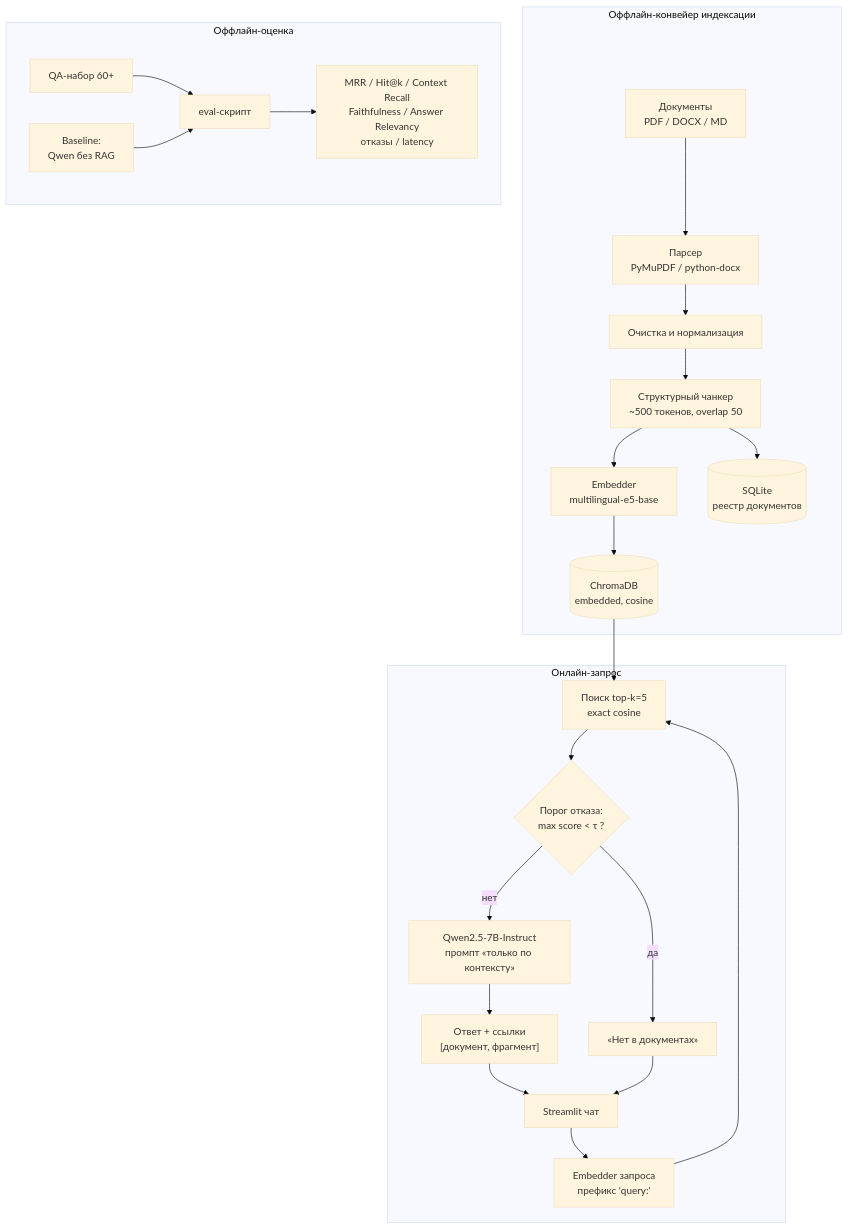
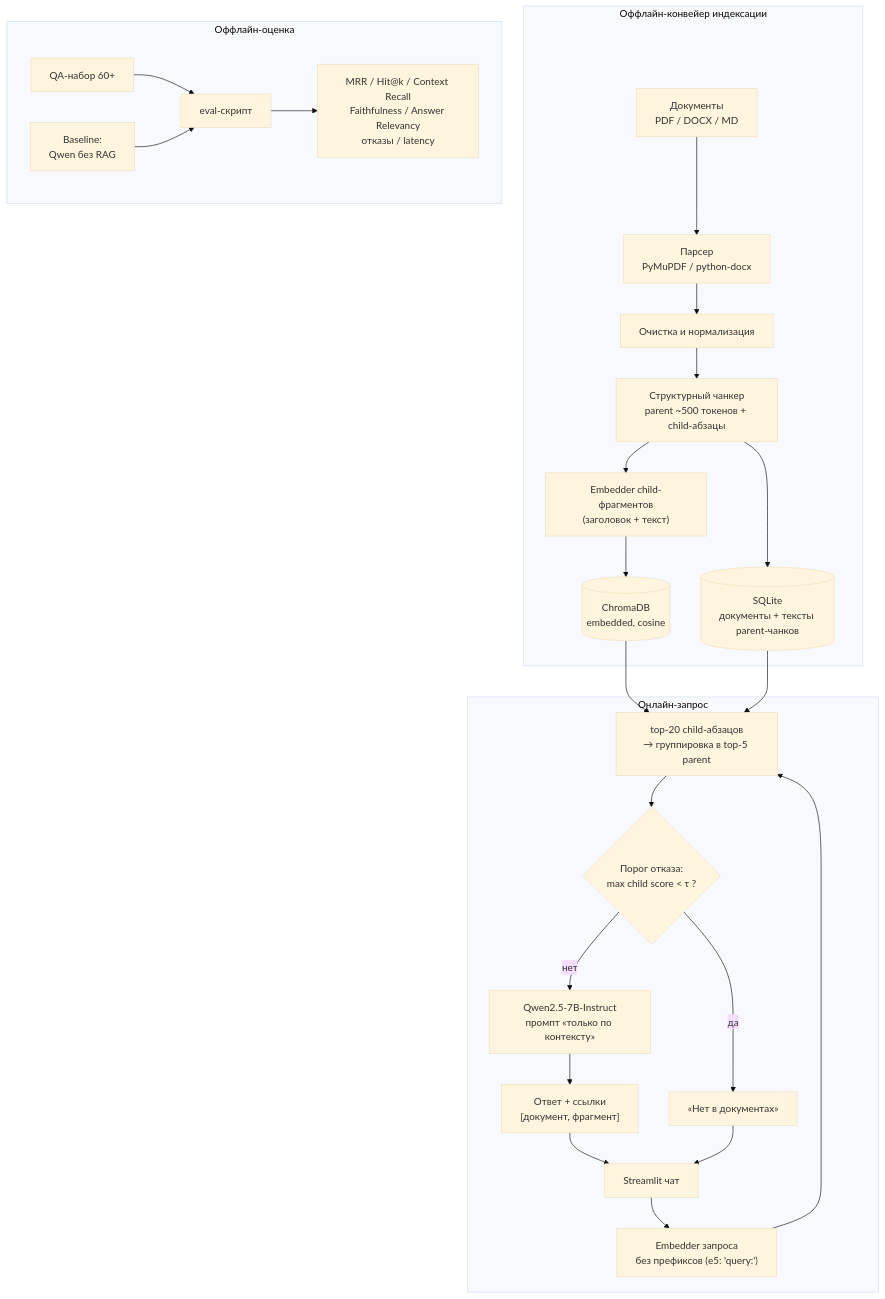
One commit to AlexKosyag/rag-bot changed the diagram in docs/architecture.md. Above: the diagram before and after it, drawn with Mermaid (base theme). The commit also changed other lines of this file and 27 other files, not shown here.

First line of the commit message:
Ollama-эмбеддер, parent-child поиск (small-to-big), калибровка tau, --calibrate

````diff
--- a/docs/architecture.md
+++ b/docs/architecture.md
@@ -5,30 +5,31 @@
 ```mermaid
 flowchart TB
     subgraph INGEST["Оффлайн-конвейер индексации"]
         FS["Документы<br/>PDF / DOCX / MD"] --> PARSE["Парсер<br/>PyMuPDF / python-docx"]
         PARSE --> CLEAN["Очистка и нормализация"]
-        CLEAN --> CHUNK["Структурный чанкер<br/>~500 токенов, overlap 50"]
-        CHUNK --> EMB["Embedder<br/>multilingual-e5-base"]
+        CLEAN --> CHUNK["Структурный чанкер<br/>parent ~500 токенов + child-абзацы"]
+        CHUNK --> EMB["Embedder child-фрагментов<br/>(заголовок + текст)"]
         EMB --> STORE[("ChromaDB<br/>embedded, cosine")]
-        CHUNK --> REG[("SQLite<br/>реестр документов")]
+        CHUNK --> REG[("SQLite<br/>документы + тексты parent-чанков")]
     end
 
     subgraph QUERY["Онлайн-запрос"]
-        UI["Streamlit чат"] --> QEMB["Embedder запроса<br/>префикс 'query:'"]
-        QEMB --> RET["Поиск top-k=5<br/>exact cosine"]
+        UI["Streamlit чат"] --> QEMB["Embedder запроса<br/>без префиксов (e5: 'query:')"]
+        QEMB --> RET["top-20 child-абзацов<br/>→ группировка в top-5 parent"]
         STORE --> RET
-        RET --> GATE{"Порог отказа:<br/>max score < τ ?"}
+        REG --> RET
+        RET --> GATE{"Порог отказа:<br/>max child score < τ ?"}
         GATE -- "да" --> REFUSE["«Нет в документах»"]
         GATE -- "нет" --> GEN["Qwen2.5-7B-Instruct<br/>промпт «только по контексту»"]
         GEN --> ANSWER["Ответ + ссылки<br/>[документ, фрагмент]"]
     end
 
     subgraph EVAL["Оффлайн-оценка"]
         QA["QA-набор 60+"] --> EVALRUN["eval-скрипт"]
         EVALRUN --> METRICS["MRR / Hit@k / Context Recall<br/>Faithfulness / Answer Relevancy<br/>отказы / latency"]
         BASE["Baseline:<br/>Qwen без RAG"] --> EVALRUN
     end
 
     ANSWER --> UI
     REFUSE --> UI
 ```
````
